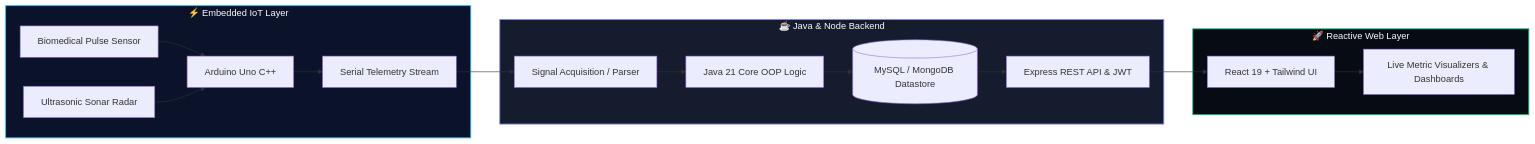
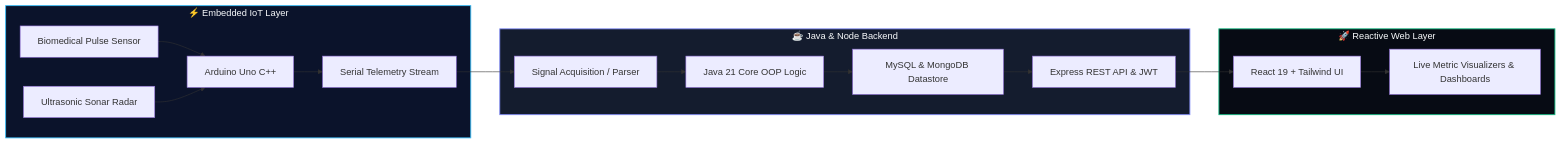
One commit to Gnanendra942/gnanendra942 changed the diagram in README.md. Above: the diagram before and after it, drawn with Mermaid. The commit also changed other lines of this file and 1 other file, not shown here.

Commit message:
fix: resolve typing SVG query encoding, mermaid syntax, and synchronize branches

````diff
--- a/README.md
+++ b/README.md
@@ -106,24 +106,24 @@
 ```mermaid
 flowchart LR
     subgraph Hardware["⚡ Embedded IoT Layer"]
         A1["Biomedical Pulse Sensor"] --> B1["Arduino Uno C++"]
         A2["Ultrasonic Sonar Radar"] --> B1
         B1 --> C1["Serial Telemetry Stream"]
     end
 
     subgraph Backend["☕ Java & Node Backend"]
         C1 --> D1["Signal Acquisition / Parser"]
         D1 --> E1["Java 21 Core OOP Logic"]
-        E1 --> F1[("MySQL / MongoDB Datastore")]
+        E1 --> F1["MySQL & MongoDB Datastore"]
         F1 --> G1["Express REST API & JWT"]
     end
 
     subgraph Frontend["🚀 Reactive Web Layer"]
         G1 --> H1["React 19 + Tailwind UI"]
         H1 --> I1["Live Metric Visualizers & Dashboards"]
     end
 
     style Hardware fill:#0B132B,stroke:#38BDF8,stroke-width:1.5px,color:#F8FAFC
     style Backend fill:#141C2E,stroke:#818CF8,stroke-width:1.5px,color:#F8FAFC
     style Frontend fill:#070B14,stroke:#10B981,stroke-width:1.5px,color:#F8FAFC
 ```
````
